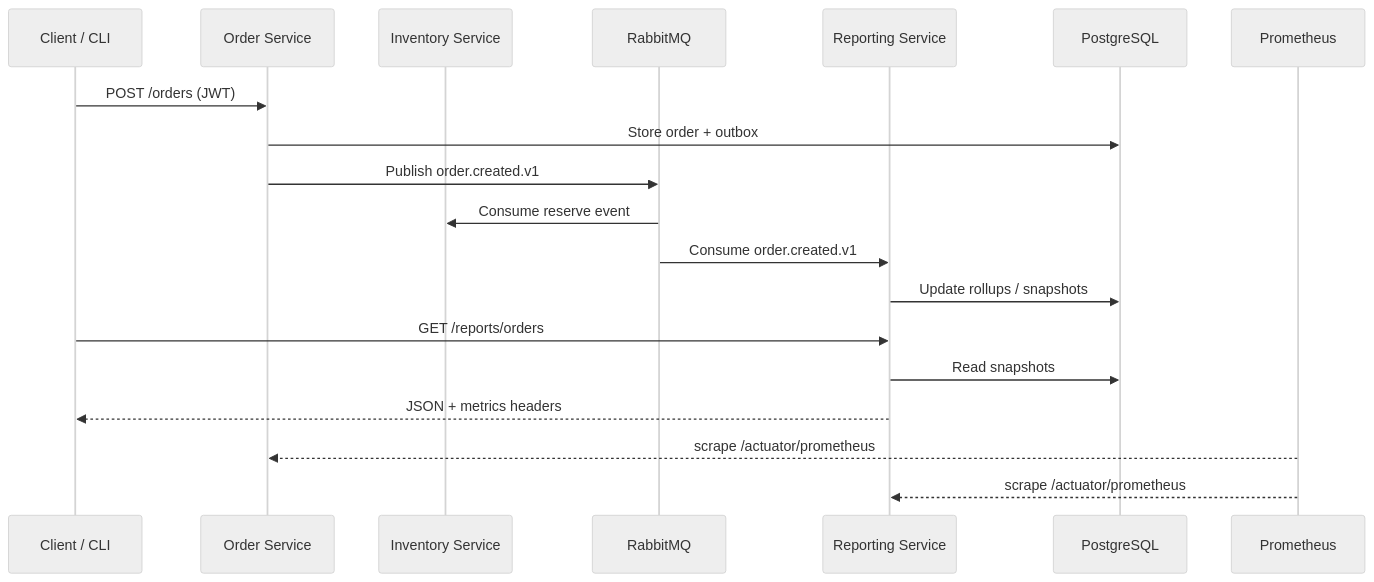
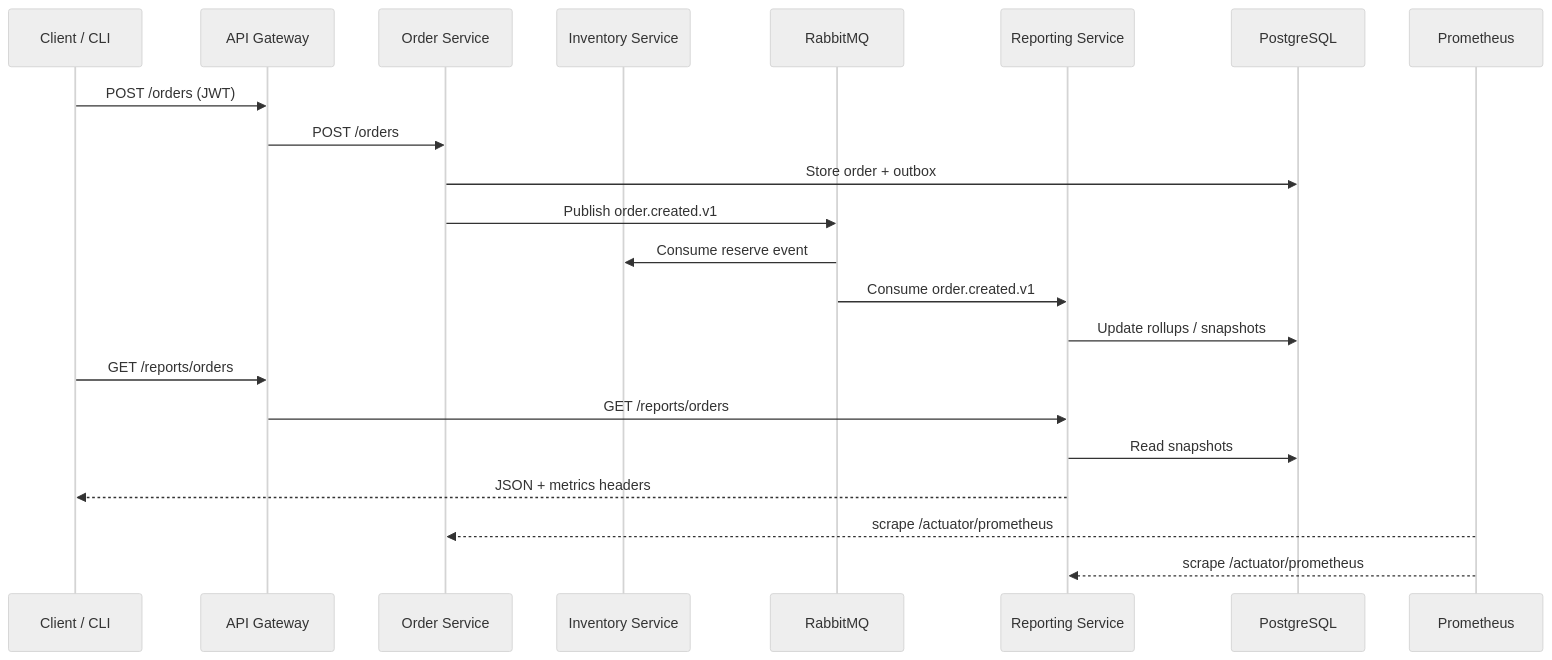
One commit to hacisimsek/real-time-order-system changed the diagram in docs/setup/runtime-technical.md. Above: the diagram before and after it, drawn with Mermaid (neutral theme). The commit also changed other lines of this file and 260 other files, not shown here.

````diff
--- a/docs/setup/runtime-technical.md
+++ b/docs/setup/runtime-technical.md
@@ -9,22 +9,25 @@
 ```mermaid
 sequenceDiagram
     participant Client as Client / CLI
+    participant Gateway as API Gateway
     participant Order as Order Service
     participant Inventory as Inventory Service
     participant Rabbit as RabbitMQ
     participant Reporting as Reporting Service
     participant DB as PostgreSQL
     participant Prom as Prometheus
 
-    Client->>Order: POST /orders (JWT)
+    Client->>Gateway: POST /orders (JWT)
+    Gateway->>Order: POST /orders
     Order->>DB: Store order + outbox
     Order->>Rabbit: Publish order.created.v1
     Rabbit->>Inventory: Consume reserve event
     Rabbit->>Reporting: Consume order.created.v1
     Reporting->>DB: Update rollups / snapshots
-    Client->>Reporting: GET /reports/orders
+    Client->>Gateway: GET /reports/orders
+    Gateway->>Reporting: GET /reports/orders
     Reporting->>DB: Read snapshots
     Reporting-->>Client: JSON + metrics headers
     Prom-->>Order: scrape /actuator/prometheus
     Prom-->>Reporting: scrape /actuator/prometheus
 ```
````
